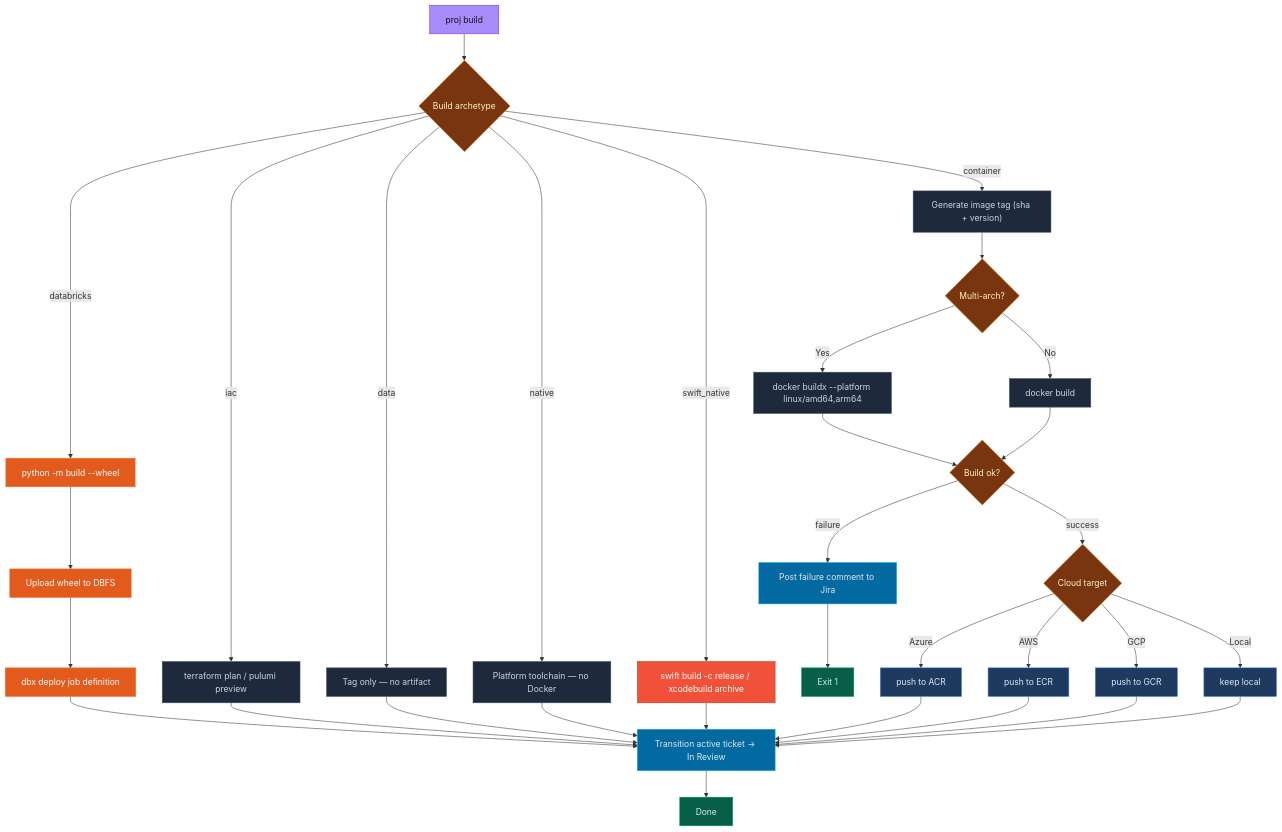
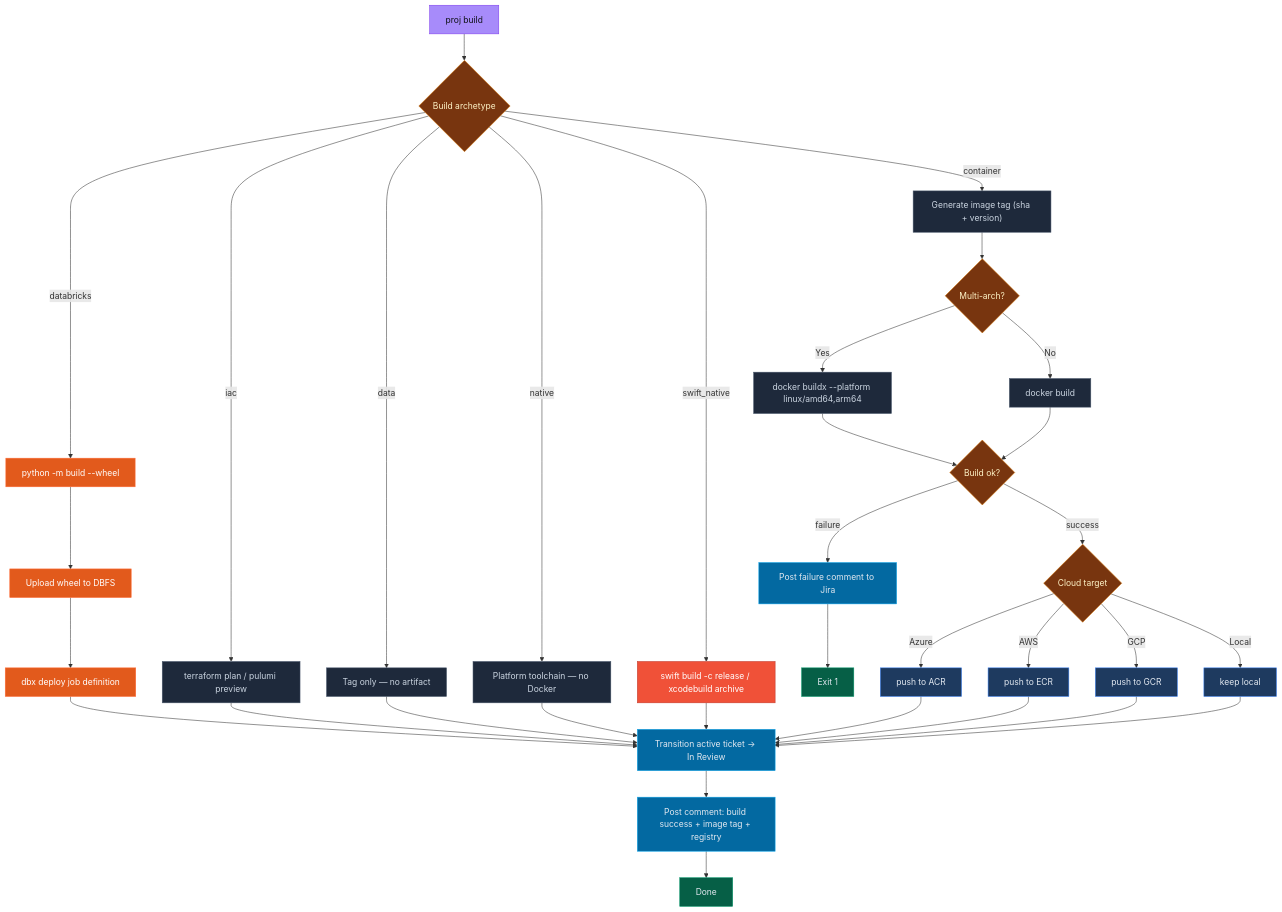
The fifth of 7 diagrams in README.md (erosrage/Athena), drawn with Mermaid before and after one commit. The commit also changed other lines of this file and 5 other files, not shown here.

````diff
--- a/README.md
+++ b/README.md
@@ -167,39 +170,40 @@
 ```mermaid
 flowchart TD
     A["proj build"]:::entry
     A --> BT{"Build archetype"}:::decision
     BT -->|"databricks"| DB1["python -m build --wheel"]:::dbx
     DB1 --> DB2["Upload wheel to DBFS"]:::dbx
     DB2 --> DB3["dbx deploy job definition"]:::dbx
     DB3 --> JOK
     BT -->|"iac"| IaC["terraform plan / pulumi preview"]:::action
     IaC --> JOK
     BT -->|"data"| DATA["Tag only — no artifact"]:::action
     DATA --> JOK
     BT -->|"native"| NAT["Platform toolchain — no Docker"]:::action
     NAT --> JOK
     BT -->|"swift_native"| SW["swift build -c release / xcodebuild archive"]:::swift
     SW --> JOK
     BT -->|"container"| C["Generate image tag (sha + version)"]:::action
     C --> D{"Multi-arch?"}:::decision
     D -->|"Yes"| E["docker buildx --platform linux/amd64,arm64"]:::action
     D -->|"No"| F["docker build"]:::action
     E & F --> R{"Build ok?"}:::decision
     R -->|"failure"| JF["Post failure comment to Jira"]:::jira
     JF --> FAIL["Exit 1"]:::done
     R -->|"success"| G{"Cloud target"}:::decision
     G -->|"Azure"| H1["push to ACR"]:::cloud
     G -->|"AWS"| H2["push to ECR"]:::cloud
     G -->|"GCP"| H3["push to GCR"]:::cloud
     G -->|"Local"| H4["keep local"]:::cloud
     H1 & H2 & H3 & H4 --> JOK["Transition active ticket → In Review"]:::jira
-    JOK --> Z["Done"]:::done
+    JOK --> JBC["Post comment: build success + image tag + registry"]:::jira
+    JBC --> Z["Done"]:::done
     classDef entry fill:#a78bfa,stroke:#7c3aed,color:#0f1117
     classDef action fill:#1e293b,stroke:#475569,color:#cbd5e1
     classDef decision fill:#78350f,stroke:#d97706,color:#fef3c7
     classDef cloud fill:#1e3a5f,stroke:#3b82f6,color:#e2e8f0
     classDef done fill:#065f46,stroke:#059669,color:#e2e8f0
     classDef dbx fill:#e25a1c,stroke:#ff6b35,color:#fff
     classDef jira fill:#0369a1,stroke:#0ea5e9,color:#e2e8f0
     classDef swift fill:#f05138,stroke:#c0392b,color:#fff
 ```
````
